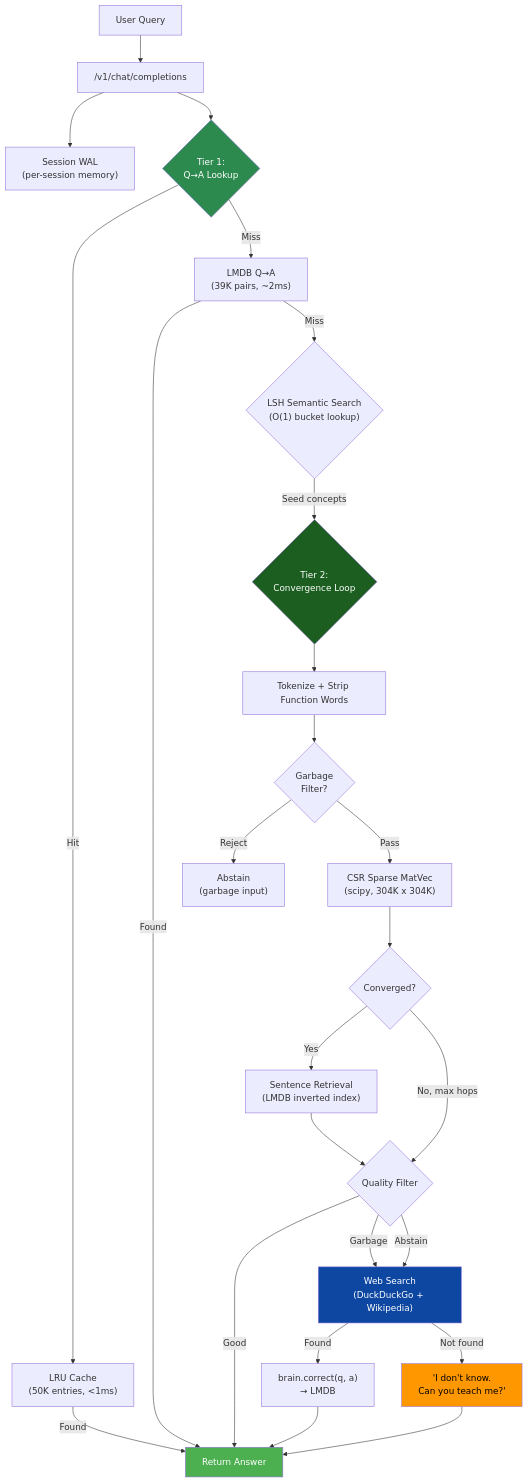
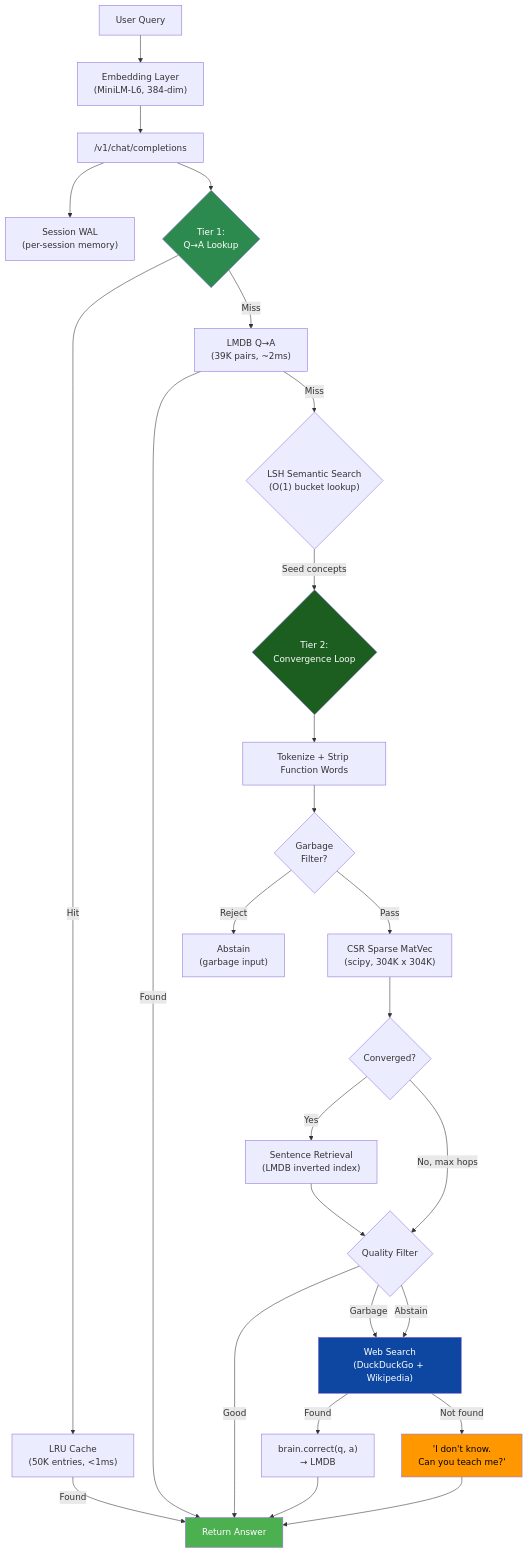
One commit to tejasphatak/webmind-research changed the first of 9 diagrams in papers/guru-engineering-guide.md. Above: the diagram before and after it, drawn with Mermaid. The commit also changed other lines of this file, not shown here.

````diff
--- a/papers/guru-engineering-guide.md
+++ b/papers/guru-engineering-guide.md
@@ -21,37 +27,38 @@
 ```mermaid
 flowchart TD
-    User[User Query] --> API["/v1/chat/completions"]
+    User[User Query] --> Embed["Embedding Layer\n(MiniLM-L6, 384-dim)"]
+    Embed --> API["/v1/chat/completions"]
     API --> SessionWAL["Session WAL\n(per-session memory)"]
     API --> Tier1{"Tier 1:\nQ→A Lookup"}
     
     Tier1 -->|Hit| LRU["LRU Cache\n(50K entries, <1ms)"]
     Tier1 -->|Miss| LMDB_QA["LMDB Q→A\n(39K pairs, ~2ms)"]
     LRU -->|Found| Return[Return Answer]
     LMDB_QA -->|Found| Return
     
     LMDB_QA -->|Miss| LSH{"LSH Semantic Search\n(O(1) bucket lookup)"}
     LSH -->|Seed concepts| Tier2{"Tier 2:\nConvergence Loop"}
     Tier2 --> Tokenize[Tokenize + Strip Function Words]
     Tokenize --> Garbage{"Garbage\nFilter?"}
     Garbage -->|Reject| Abstain["Abstain\n(garbage input)"]
     Garbage -->|Pass| CSR["CSR Sparse MatVec\n(scipy, 304K x 304K)"]
     CSR --> Converge{"Converged?"}
     Converge -->|Yes| Sentences["Sentence Retrieval\n(LMDB inverted index)"]
     Converge -->|No, max hops| Filter{"Quality Filter"}
     Sentences --> Filter
     
     Filter -->|Good| Return
     Filter -->|Garbage| WebSearch["Web Search\n(DuckDuckGo + Wikipedia)"]
     Filter -->|Abstain| WebSearch
     
     WebSearch -->|Found| Correct["brain.correct(q, a)\n→ LMDB"]
     WebSearch -->|Not found| TeachMe["'I don't know.\nCan you teach me?'"]
     Correct --> Return
     TeachMe --> Return
     
     style Tier1 fill:#2d8a4e,color:#fff
     style Tier2 fill:#1b5e20,color:#fff
     style WebSearch fill:#0d47a1,color:#fff
     style Return fill:#4caf50,color:#fff
     style TeachMe fill:#ff9800,color:#000
 ```
````
